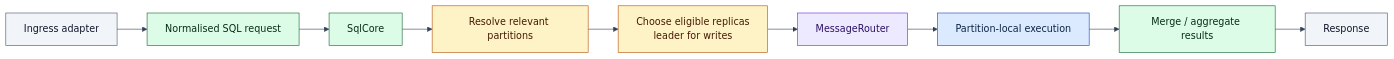
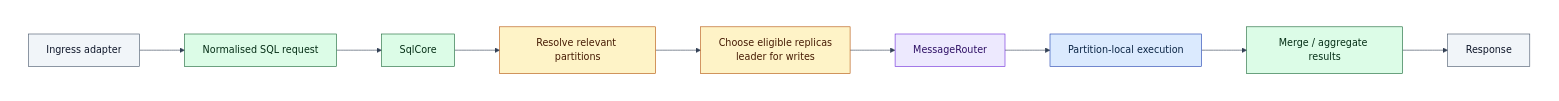
Before and after one commit to psvensson/lagrange: the fifth of 9 diagrams in architecture/system-model.md, drawn with Mermaid. The commit also changed other lines of this file and 3 other files, not shown here.

Commit message:
Draw explicit white Mermaid canvases

````diff
--- a/architecture/system-model.md
+++ b/architecture/system-model.md
@@ -226,18 +242,22 @@
 ```mermaid
-%%{init: {'theme':'base','darkMode':false,'themeCSS':'svg { background-color: #ffffff !important; }','themeVariables':{'background':'#ffffff','clusterBkg':'#ffffff','clusterBorder':'#94a3b8','edgeLabelBackground':'#ffffff','lineColor':'#334155','textColor':'#0f172a'}}}%%
+%%{init: {'theme':'base','darkMode':false,'themeVariables':{'background':'#ffffff','clusterBkg':'#ffffff','clusterBorder':'#94a3b8','edgeLabelBackground':'#ffffff','lineColor':'#334155','textColor':'#0f172a'}}}%%
 flowchart LR
-  I["Ingress adapter"]:::ext --> R["Normalised SQL request"]:::svc
-  R --> E["SqlCore"]:::svc
-  E --> P["Resolve relevant partitions"]:::ctrl
-  P --> C["Choose eligible replicas<br/>leader for writes"]:::ctrl
-  C --> M["MessageRouter"]:::move
-  M --> X["Partition-local execution"]:::data
-  X --> A["Merge / aggregate results"]:::svc
-  A --> O["Response"]:::ext
+  subgraph CANVAS[" "]
+    direction LR
+    I["Ingress adapter"]:::ext --> R["Normalised SQL request"]:::svc
+    R --> E["SqlCore"]:::svc
+    E --> P["Resolve relevant partitions"]:::ctrl
+    P --> C["Choose eligible replicas<br/>leader for writes"]:::ctrl
+    C --> M["MessageRouter"]:::move
+    M --> X["Partition-local execution"]:::data
+    X --> A["Merge / aggregate results"]:::svc
+    A --> O["Response"]:::ext
+  end
 
+  style CANVAS fill:#ffffff,stroke:#ffffff,color:#0f172a
   classDef data fill:#dbeafe,stroke:#1e40af,color:#0b2545
   classDef svc fill:#dcfce7,stroke:#166534,color:#052e16
   classDef ctrl fill:#fef3c7,stroke:#b45309,color:#451a03
   classDef move fill:#ede9fe,stroke:#6d28d9,color:#2e1065
   classDef ext fill:#f1f5f9,stroke:#475569,color:#0f172a
 ```
````
